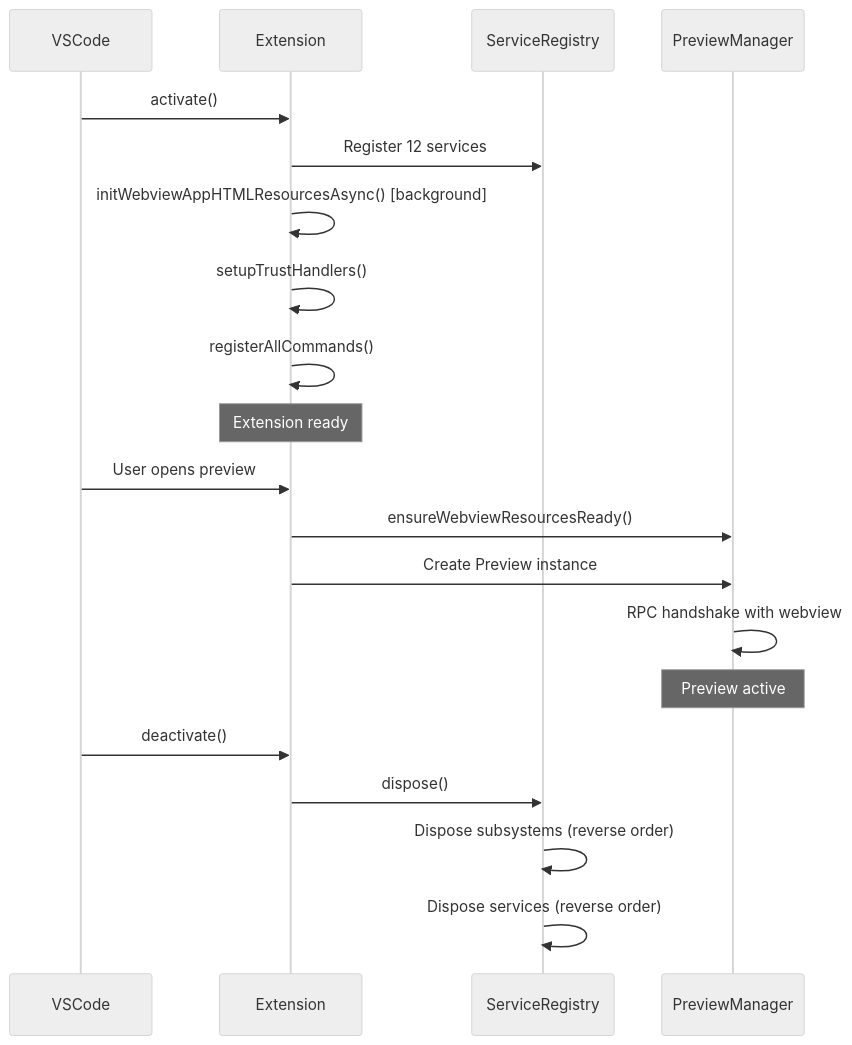
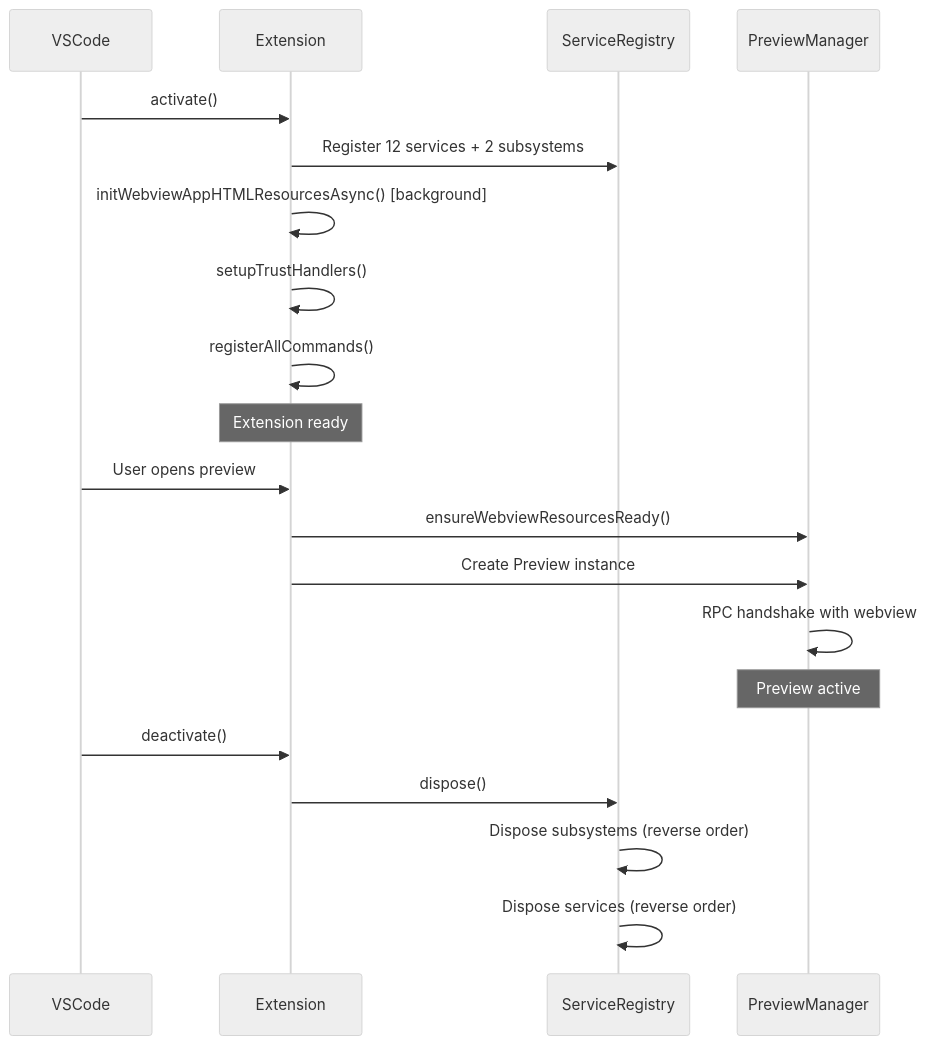
The third of 16 diagrams in docs/architecture.mdx (ggfincke/vsc-mdx-preview), drawn with Mermaid (neutral theme) before and after one commit. The commit also changed other lines of this file and 6 other files, not shown here.

````diff
--- a/docs/architecture.mdx
+++ b/docs/architecture.mdx
@@ -176,27 +176,27 @@
 ```mermaid
 sequenceDiagram
     participant VSCode
     participant Extension
     participant Registry as ServiceRegistry
     participant Preview as PreviewManager
 
     VSCode->>Extension: activate()
-    Extension->>Registry: Register 12 services
+    Extension->>Registry: Register 12 services + 2 subsystems
     Extension->>Extension: initWebviewAppHTMLResourcesAsync() [background]
     Extension->>Extension: setupTrustHandlers()
     Extension->>Extension: registerAllCommands()
 
     Note over Extension: Extension ready
 
     VSCode->>Extension: User opens preview
     Extension->>Preview: ensureWebviewResourcesReady()
     Extension->>Preview: Create Preview instance
     Preview->>Preview: RPC handshake with webview
 
     Note over Preview: Preview active
 
     VSCode->>Extension: deactivate()
     Extension->>Registry: dispose()
     Registry->>Registry: Dispose subsystems (reverse order)
     Registry->>Registry: Dispose services (reverse order)
 ```
````
